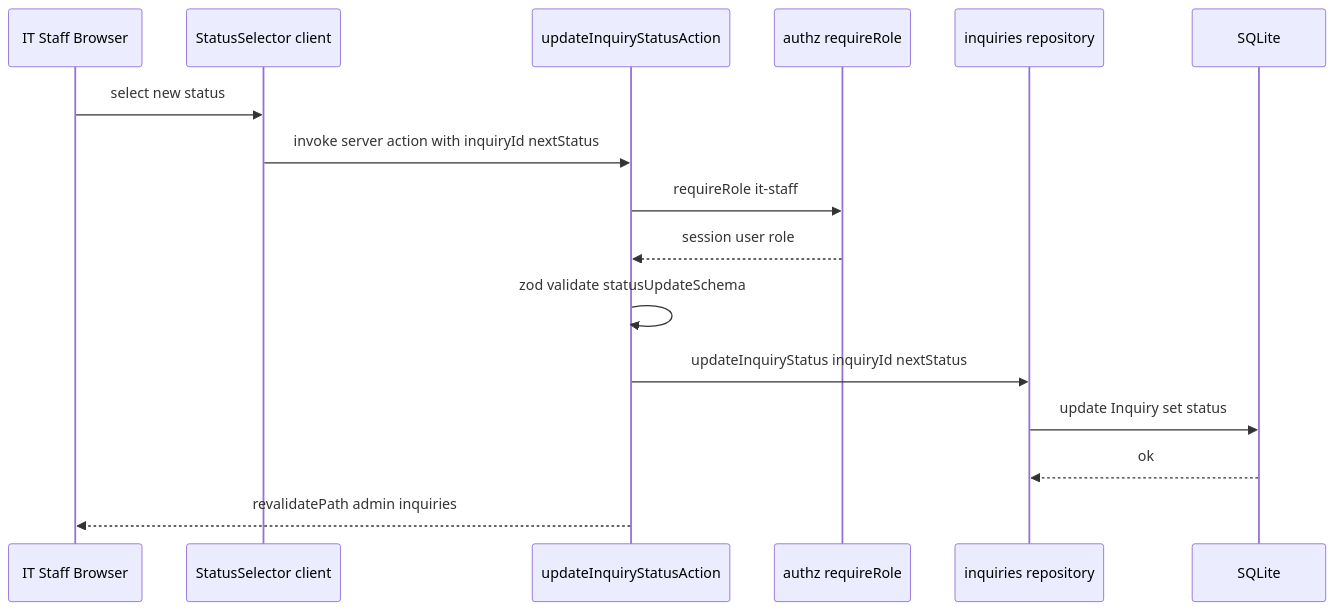
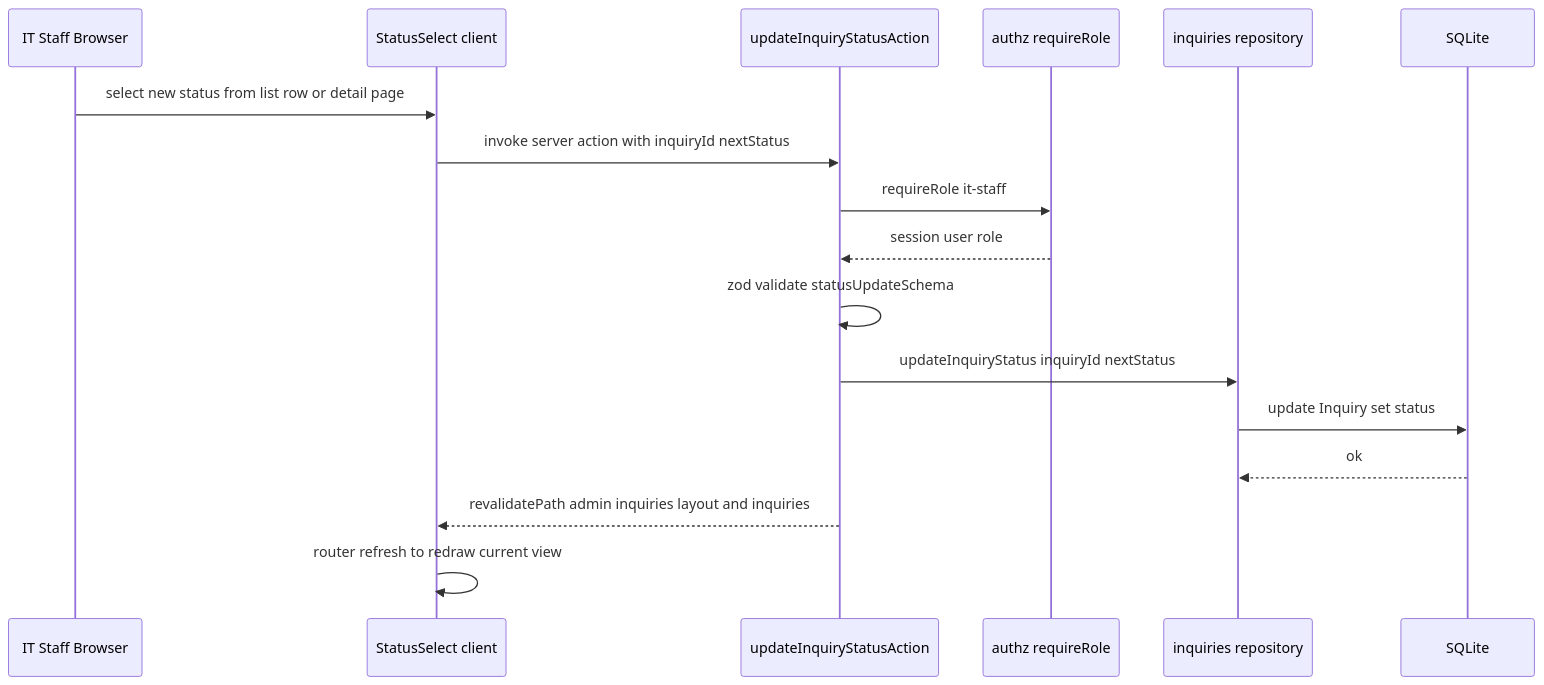
One commit to tetsuo-tf/sdd-seminar-2026 changed the fifth of 6 diagrams in .kiro/specs/it-inquiry-list/design.md. Above: the diagram before and after it, drawn with Mermaid. The commit also changed other lines of this file and 1 other file, not shown here.

````diff
--- a/.kiro/specs/it-inquiry-list/design.md
+++ b/.kiro/specs/it-inquiry-list/design.md
@@ -285,19 +314,20 @@
 ```mermaid
 sequenceDiagram
     participant U as IT Staff Browser
-    participant SC as StatusSelector client
+    participant SC as StatusSelect client
     participant SA as updateInquiryStatusAction
     participant Authz as authz requireRole
     participant Repo as inquiries repository
     participant DB as SQLite
 
-    U->>SC: select new status
+    U->>SC: select new status from list row or detail page
     SC->>SA: invoke server action with inquiryId nextStatus
     SA->>Authz: requireRole it-staff
     Authz-->>SA: session user role
     SA->>SA: zod validate statusUpdateSchema
     SA->>Repo: updateInquiryStatus inquiryId nextStatus
     Repo->>DB: update Inquiry set status
     DB-->>Repo: ok
-    SA-->>U: revalidatePath admin inquiries
+    SA-->>SC: revalidatePath admin inquiries layout and inquiries
+    SC->>SC: router refresh to redraw current view
 ```
````
